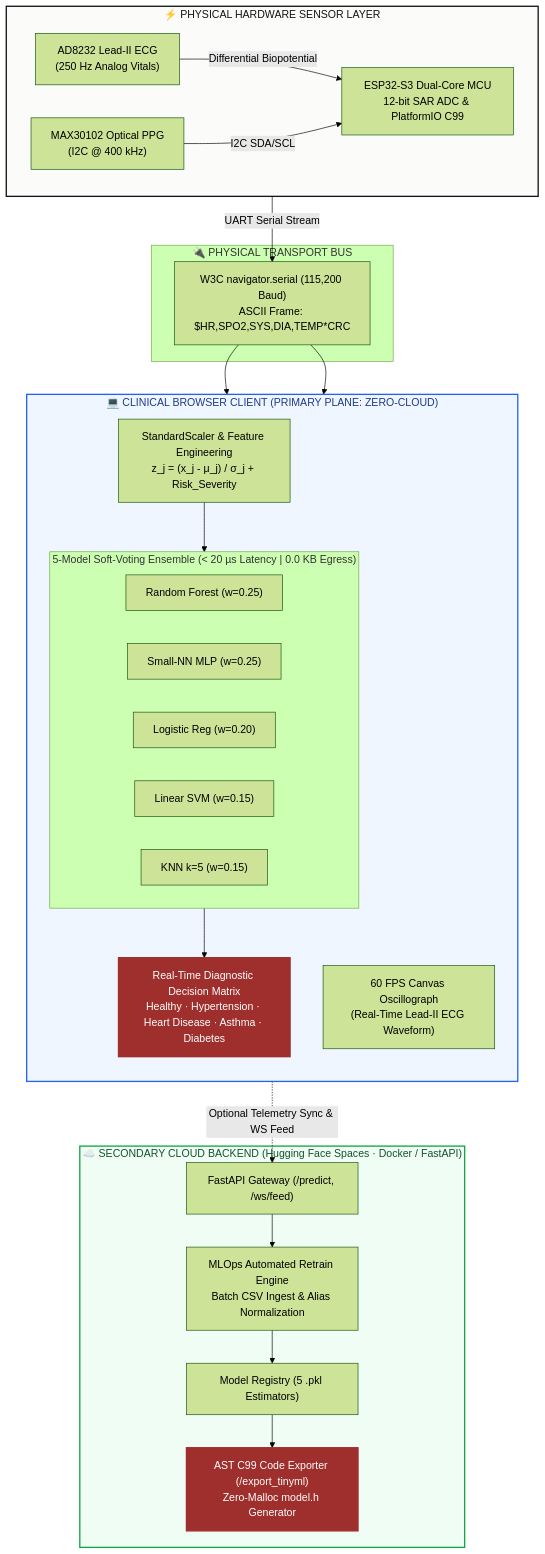
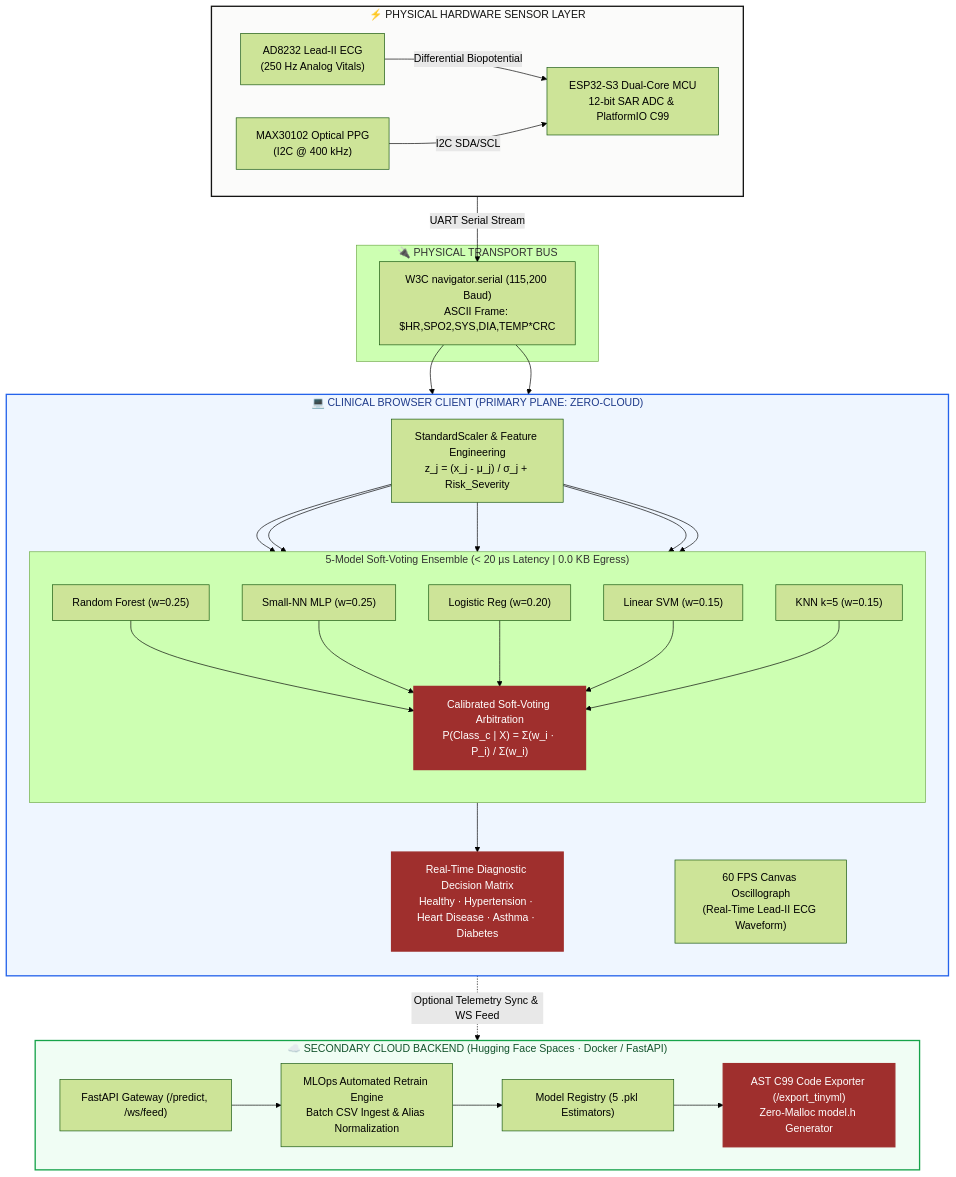
Before and after one commit to rachit-mangawa/HEARTFLOW_OS: the first of 3 diagrams in ARCHITECTURE.md, drawn with Mermaid (forest theme). The commit also changed other lines of this file and 1 other file, not shown here.

Commit message:
fix(docs): resolve Shields.io badges, Mermaid diagram whitespace, and KaTeX math syntax

````diff
--- a/ARCHITECTURE.md
+++ b/ARCHITECTURE.md
@@ -97,59 +97,69 @@
 ```mermaid
 flowchart TB
     subgraph HW["⚡ PHYSICAL HARDWARE SENSOR LAYER"]
         direction LR
         ECG["AD8232 Lead-II ECG<br/>(250 Hz Analog Vitals)"]
         PPG["MAX30102 Optical PPG<br/>(I2C @ 400 kHz)"]
         MCU["ESP32-S3 Dual-Core MCU<br/>12-bit SAR ADC & PlatformIO C99"]
         ECG -->|Differential Biopotential| MCU
         PPG -->|I2C SDA/SCL| MCU
     end
 
     subgraph SERIAL["🔌 PHYSICAL TRANSPORT BUS"]
-        UART["W3C navigator.serial (115,200 Baud)<br/>ASCII Frame: $HR,SPO2,SYS,DIA,TEMP*CRC\n"]
+        UART["W3C navigator.serial (115,200 Baud)<br/>ASCII Frame: $HR,SPO2,SYS,DIA,TEMP*CRC"]
     end
 
     subgraph CLIENT["💻 CLINICAL BROWSER CLIENT (PRIMARY PLANE: ZERO-CLOUD)"]
         direction TB
         OSC["60 FPS Canvas Oscillograph<br/>(Real-Time Lead-II ECG Waveform)"]
         PRE["StandardScaler & Feature Engineering<br/>z_j = (x_j - μ_j) / σ_j + Risk_Severity"]
         
         subgraph ENSEMBLE["5-Model Soft-Voting Ensemble (< 20 µs Latency | 0.0 KB Egress)"]
+            direction TB
             RF["Random Forest (w=0.25)"]
             MLP["Small-NN MLP (w=0.25)"]
             LOG["Logistic Reg (w=0.20)"]
             SVM["Linear SVM (w=0.15)"]
             KNN["KNN k=5 (w=0.15)"]
+            VOTE["Calibrated Soft-Voting Arbitration<br/>P(Class_c | X) = Σ(w_i · P_i) / Σ(w_i)"]
+            
+            RF --> VOTE
+            MLP --> VOTE
+            LOG --> VOTE
+            SVM --> VOTE
+            KNN --> VOTE
         end
         
         DIAG["Real-Time Diagnostic Decision Matrix<br/>Healthy · Hypertension · Heart Disease · Asthma · Diabetes"]
+        
+        PRE --> RF
+        PRE --> MLP
+        PRE --> LOG
+        PRE --> SVM
+        PRE --> KNN
+        VOTE --> DIAG
     end
 
     subgraph CLOUD["☁️ SECONDARY CLOUD BACKEND (Hugging Face Spaces · Docker / FastAPI)"]
-        REST["FastAPI Gateway (/predict, /ws/feed)"]
-        MLOPS["MLOps Automated Retrain Engine<br/>Batch CSV Ingest & Alias Normalization"]
-        REG["Model Registry (5 .pkl Estimators)"]
-        C99["AST C99 Code Exporter (/export_tinyml)<br/>Zero-Malloc model.h Generator"]
+        direction LR
+        REST["FastAPI Gateway (/predict, /ws/feed)"] --> MLOPS["MLOps Automated Retrain Engine<br/>Batch CSV Ingest & Alias Normalization"]
+        MLOPS --> REG["Model Registry (5 .pkl Estimators)"]
+        REG --> C99["AST C99 Code Exporter (/export_tinyml)<br/>Zero-Malloc model.h Generator"]
     end
 
     HW -->|UART Serial Stream| UART
     UART --> OSC
     UART --> PRE
-    PRE --> ENSEMBLE
-    ENSEMBLE --> DIAG
     
-    CLIENT -.->|Optional Telemetry Sync & WS Feed| REST
-    REST --> MLOPS
-    MLOPS --> REG
-    REG --> C99
+    DIAG -.->|Optional Telemetry Sync & WS Feed| REST
 
     classDef primary fill:#FBFBFA,stroke:#141413,stroke-width:2px,color:#141413;
     classDef accent fill:#9F2F2D,stroke:#9F2F2D,stroke-width:2px,color:#ffffff;
     classDef edgeBox fill:#EFF6FF,stroke:#2563EB,stroke-width:2px,color:#1E3A8A;
     classDef cloudBox fill:#F0FDF4,stroke:#16A34A,stroke-width:2px,color:#14532D;
     
     class HW primary;
     class CLIENT edgeBox;
     class CLOUD cloudBox;
-    class DIAG,C99 accent;
+    class DIAG,C99,VOTE accent;
 ```
````
